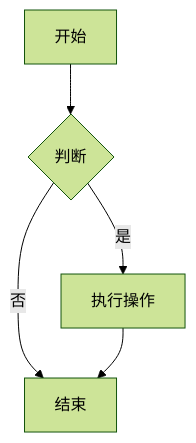
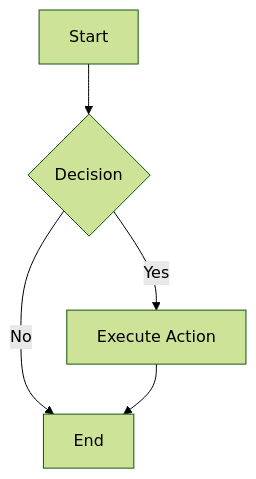
Before and after one commit to unnoderes/designdrawing-export-kit: the first of 2 diagrams in README.md, drawn with Mermaid (forest theme). The commit also changed other lines of this file and 1 other file, not shown here.

````diff
--- a/README.md
+++ b/README.md
@@ -147,7 +149,7 @@
 ```mermaid
 flowchart TD
-    A[开始] --> B{判断}
-    B -->|是| C[执行操作]
-    B -->|否| D[结束]
+    A[Start] --> B{Decision}
+    B -->|Yes| C[Execute Action]
+    B -->|No| D[End]
     C --> D
 ```
````
